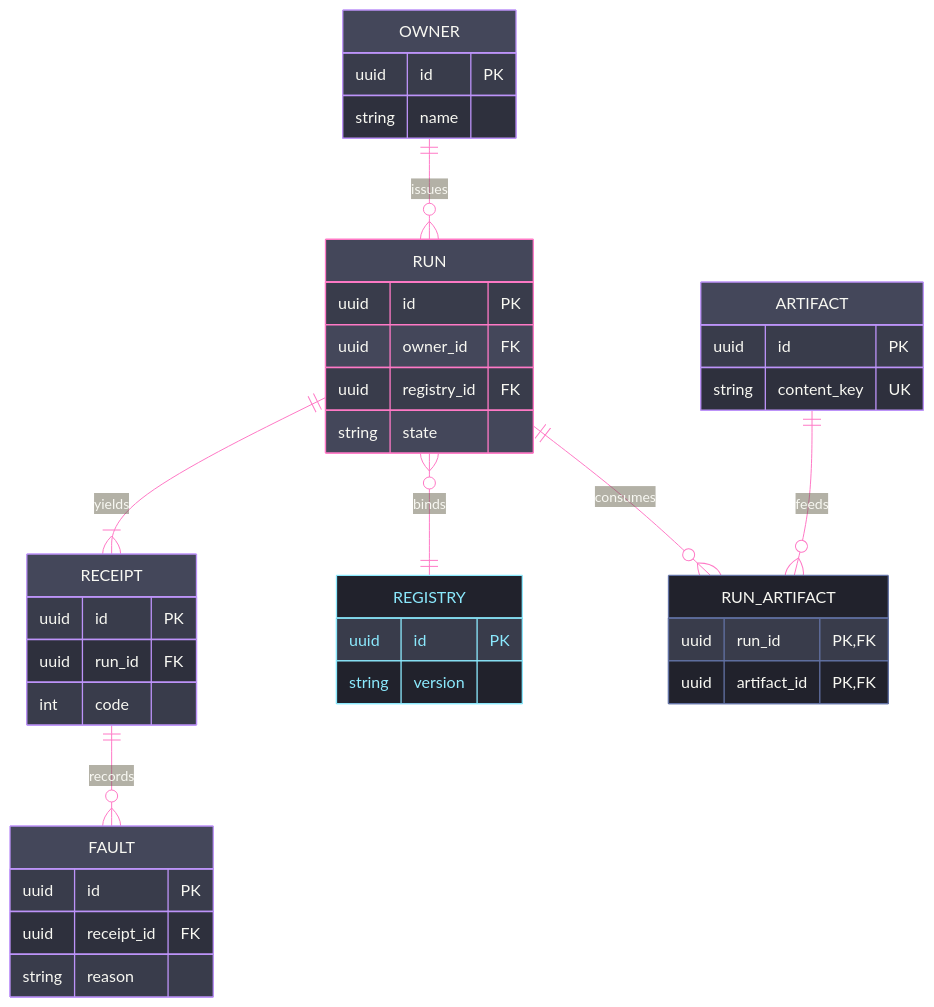
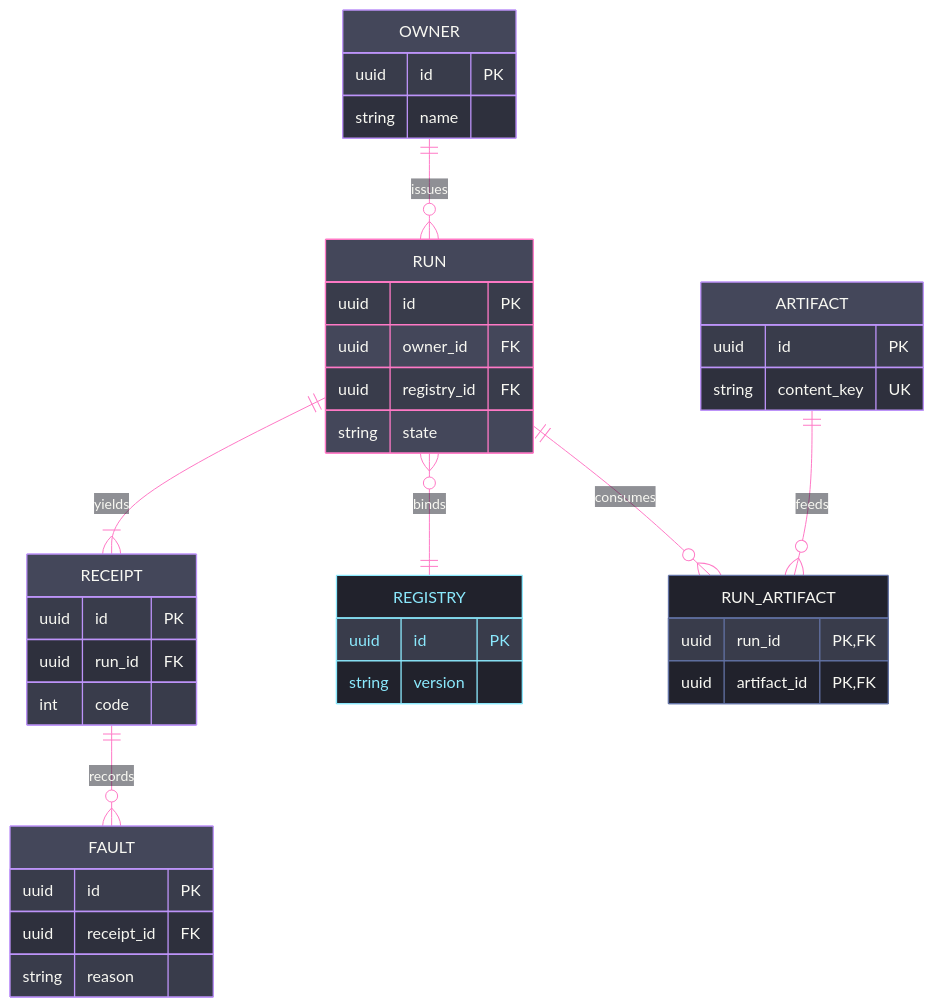
The diagram in .claude/skills/mermaid-diagramming/templates/schema.mmd.md (bsamiee/Rasm), drawn with Mermaid before and after one commit. The commit also changed 56 other files, not shown here.

````diff
--- a/.claude/skills/mermaid-diagramming/templates/schema.mmd.md
+++ b/.claude/skills/mermaid-diagramming/templates/schema.mmd.md
@@ -5,70 +5,71 @@
 ```mermaid
 ---
 config:
   theme: base
   look: classic
   themeVariables:
     darkMode: true
     fontFamily: "SF Mono, Menlo, Cascadia Mono, Segoe UI Mono, Consolas, monospace"
     useGradient: false
     dropShadow: "none"
     background: "#282A36"
     primaryColor: "#44475A"
     primaryTextColor: "#F8F8F2"
     primaryBorderColor: "#BD93F9"
     nodeBorder: "#BD93F9"
     lineColor: "#FF79C6"
     textColor: "#F8F8F2"
+    tertiaryColor: "#21222C"
     edgeLabelBackground: "#21222C"
     attributeBackgroundColorOdd: "#282A36"
     attributeBackgroundColorEven: "#21222C"
   themeCSS: ".nodeLabel{font-size:12px}.name .nodeLabel{font-size:13px;font-weight:600}.edgeLabel .nodeLabel{font-size:12px;font-weight:500}.relationshipLine{stroke-width:2px}.edge-pattern-dashed{stroke-width:1.5px;stroke-dasharray:6 6}.marker path,.marker circle{transform:scale(.8);transform-origin:5px 5px}.marker circle{fill:#282A36}.node rect,.node path{stroke-width:1.5px;filter:none!important}.er.entityBox{filter:none}"
 ---
 erDiagram
-    accTitle: Persistent entity schema
-    accDescr: Typed entities around one aggregate root, every relationship backed by its foreign key and a junction entity resolving the many-to-many.
+    accTitle: Artifact index schema
+    accDescr: Runs issued by an owner yielding receipts and faults, consuming content-keyed artifacts through a junction, bound to an externally owned tool registry.
     OWNER ||--o{ RUN : issues
     RUN ||--|{ RECEIPT : yields
     RUN }o--|| REGISTRY : binds
     RECEIPT ||--o{ FAULT : records
     RUN ||--o{ RUN_ARTIFACT : consumes
     ARTIFACT ||--o{ RUN_ARTIFACT : feeds
     OWNER {
         uuid id PK
         string name
     }
     RUN {
         uuid id PK
         uuid owner_id FK
         uuid registry_id FK
         string state
     }
     RECEIPT {
         uuid id PK
         uuid run_id FK
         int code
     }
     REGISTRY {
         uuid id PK
         string version
     }
     FAULT {
         uuid id PK
         uuid receipt_id FK
         string reason
     }
     ARTIFACT {
         uuid id PK
         string content_key UK
     }
     RUN_ARTIFACT {
         uuid run_id PK, FK
         uuid artifact_id PK, FK
     }
     classDef primary fill:#44475A,stroke:#FF79C6,color:#F8F8F2
     classDef recessed fill:#21222C,stroke:#6272A4,color:#F8F8F2
     classDef external fill:#21222C,stroke:#8BE9FD,color:#8BE9FD
     class RUN primary
     class RUN_ARTIFACT recessed
     class REGISTRY external
 ```
````
